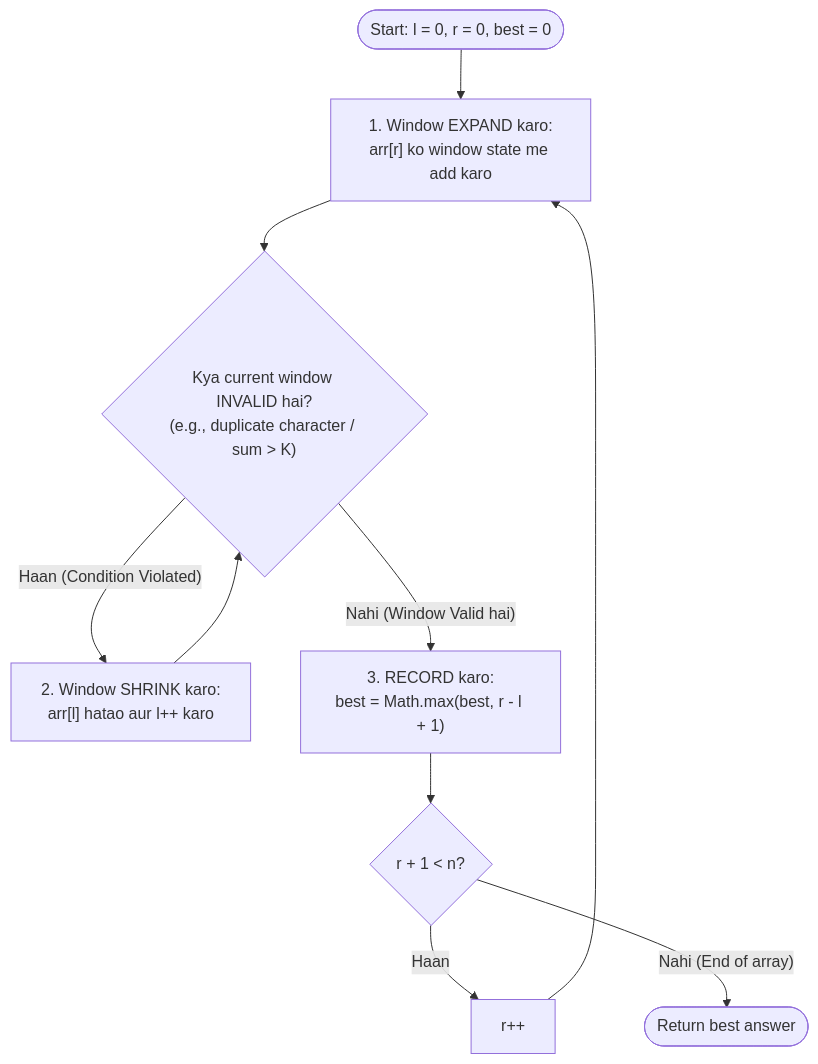
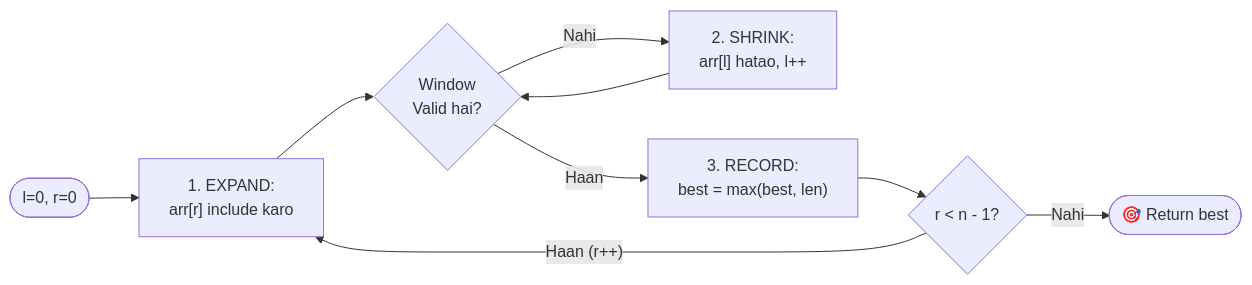
The fourth of 11 diagrams in README.md (Kali-Prem/dsa-logic-building-playbook), drawn with Mermaid before and after one commit. The commit also changed other lines of this file, not shown here.

Commit message:
optimize flowcharts to compact horizontal LR layout for GitHub

````diff
--- a/README.md
+++ b/README.md
@@ -553,14 +536,11 @@
 ```mermaid
-flowchart TD
-    Start(["Start: l = 0, r = 0, best = 0"]) --> AddRight["1. Window EXPAND karo:<br/>arr[r] ko window state me add karo"]
-    AddRight --> CheckValid{"Kya current window INVALID hai?<br/>(e.g., duplicate character / sum > K)"}
-    
-    CheckValid -->|"Haan (Condition Violated)"| Shrink["2. Window SHRINK karo:<br/>arr[l] hatao aur l++ karo"]
-    Shrink --> CheckValid
-    
-    CheckValid -->|"Nahi (Window Valid hai)"| Record["3. RECORD karo:<br/>best = Math.max(best, r - l + 1)"]
-    
-    Record --> CheckEnd{"r + 1 < n?"}
-    CheckEnd -->|"Haan"| IncR["r++"] --> AddRight
-    CheckEnd -->|"Nahi (End of array)"| ReturnBest(["Return best answer"])
+flowchart LR
+    Start(["l=0, r=0"]) --> Expand["1. EXPAND:<br/>arr[r] include karo"]
+    Expand --> Valid{"Window<br/>Valid hai?"}
+    Valid -->|"Nahi"| Shrink["2. SHRINK:<br/>arr[l] hatao, l++"]
+    Shrink --> Valid
+    Valid -->|"Haan"| Record["3. RECORD:<br/>best = max(best, len)"]
+    Record --> Next{"r < n - 1?"}
+    Next -->|"Haan (r++)"| Expand
+    Next -->|"Nahi"| Done(["🎯 Return best"])
 ```
````
